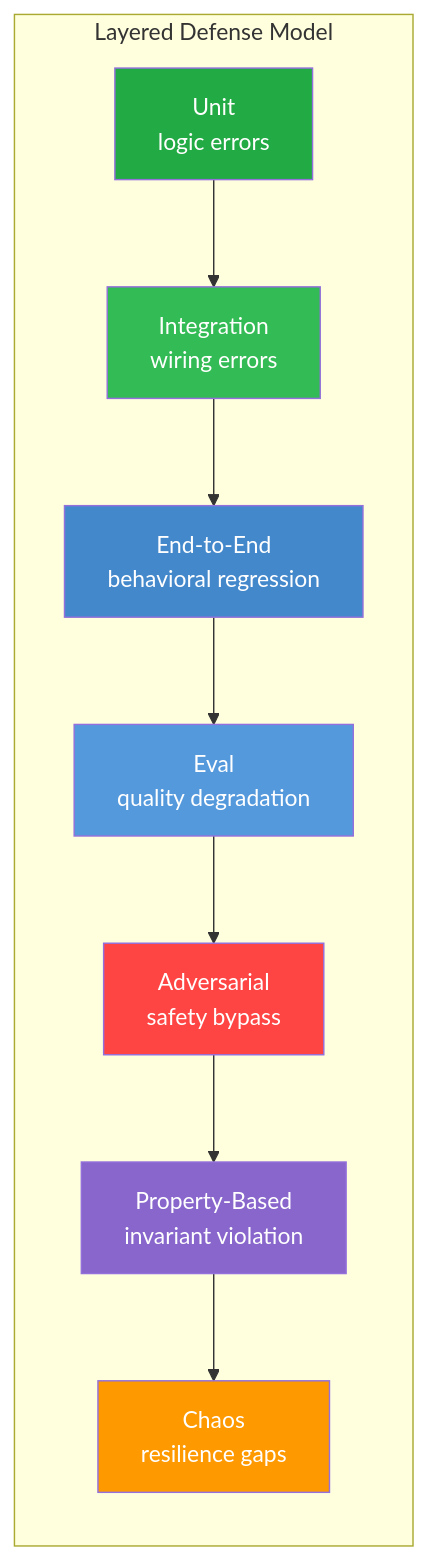
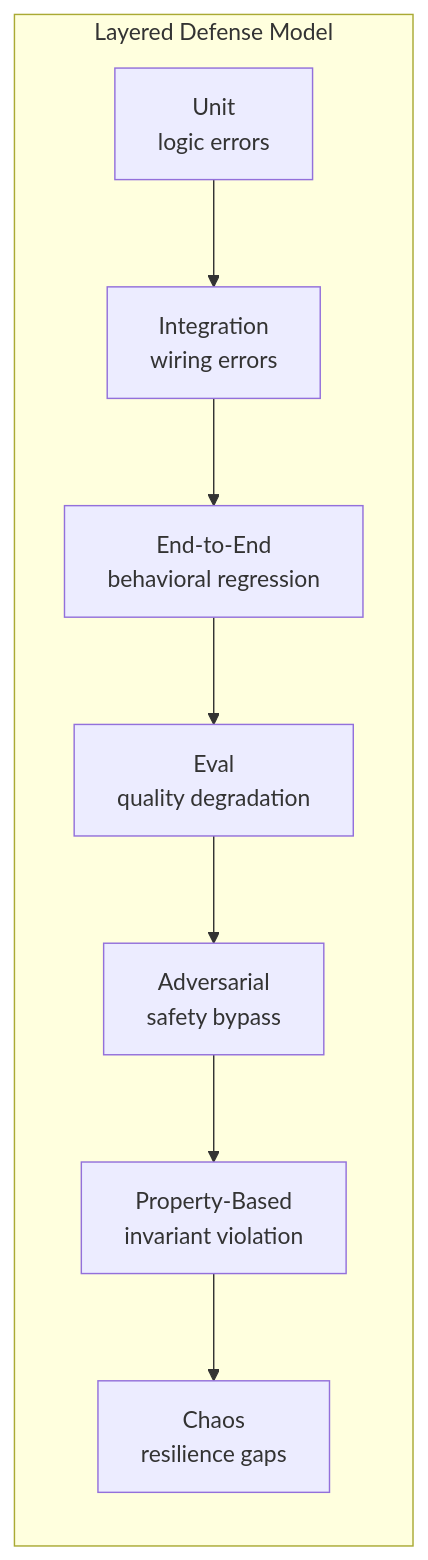
One commit to 1qh/safeagent changed the first of 14 diagrams in plan/testing.md. Above: the diagram before and after it, drawn with Mermaid. The commit also changed other lines of this file and 43 other files, not shown here.

Commit message:
Phase 3 compression: strip non-semantic separators and Mermaid style metadata

````diff
--- a/plan/testing.md
+++ b/plan/testing.md
@@ -21,23 +21,16 @@
 ```mermaid
 flowchart LR
     subgraph DEFENSE_LAYERS["Layered Defense Model"]
         UNIT_LAYER["Unit\nlogic errors"]
         INTEGRATION_LAYER["Integration\nwiring errors"]
         END_TO_END_LAYER["End-to-End\nbehavioral regression"]
         EVAL_LAYER["Eval\nquality degradation"]
         ADVERSARIAL_LAYER["Adversarial\nsafety bypass"]
         PROPERTY_LAYER["Property-Based\ninvariant violation"]
         CHAOS_LAYER["Chaos\nresilience gaps"]
     end
 
     UNIT_LAYER --> INTEGRATION_LAYER --> END_TO_END_LAYER --> EVAL_LAYER
     EVAL_LAYER --> ADVERSARIAL_LAYER --> PROPERTY_LAYER --> CHAOS_LAYER
 
-    style UNIT_LAYER fill:#22aa44,color:#fff
-    style INTEGRATION_LAYER fill:#33bb55,color:#fff
-    style END_TO_END_LAYER fill:#4488cc,color:#fff
-    style EVAL_LAYER fill:#5599dd,color:#fff
-    style ADVERSARIAL_LAYER fill:#ff4444,color:#fff
-    style PROPERTY_LAYER fill:#8866cc,color:#fff
-    style CHAOS_LAYER fill:#ff9900,color:#fff
 ```
````
